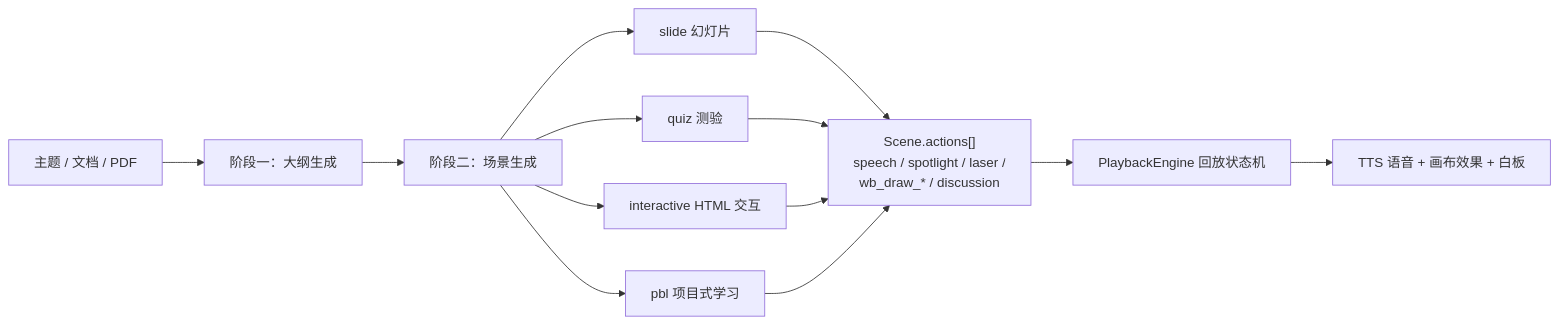
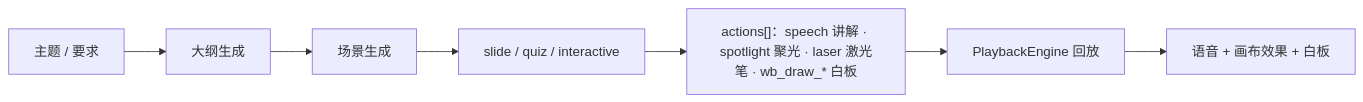
The first of 3 diagrams in docs/solution-plan.md (yinshujin/xuexi), drawn with Mermaid before and after one commit. The commit also changed other lines of this file and 1 other file, not shown here.

````diff
--- a/docs/solution-plan.md
+++ b/docs/solution-plan.md
@@ -40,12 +40,7 @@
 ```mermaid
 flowchart LR
-  A[主题 / 文档 / PDF] --> B[阶段一：大纲生成]
-  B --> C[阶段二：场景生成]
-  C --> D1[slide 幻灯片]
-  C --> D2[quiz 测验]
-  C --> D3[interactive HTML 交互]
-  C --> D4[pbl 项目式学习]
-  D1 & D2 & D3 & D4 --> E["Scene.actions[]<br/>speech / spotlight / laser /<br/>wb_draw_* / discussion"]
-  E --> F[PlaybackEngine 回放状态机]
-  F --> G[TTS 语音 + 画布效果 + 白板]
+  A[主题 / 要求] --> B[大纲生成] --> C[场景生成]
+  C --> D["slide / quiz / interactive"]
+  D --> E["actions[]：speech 讲解 · spotlight 聚光 · laser 激光笔 · wb_draw_* 白板"]
+  E --> F[PlaybackEngine 回放] --> G[语音 + 画布效果 + 白板]
 ```
````
